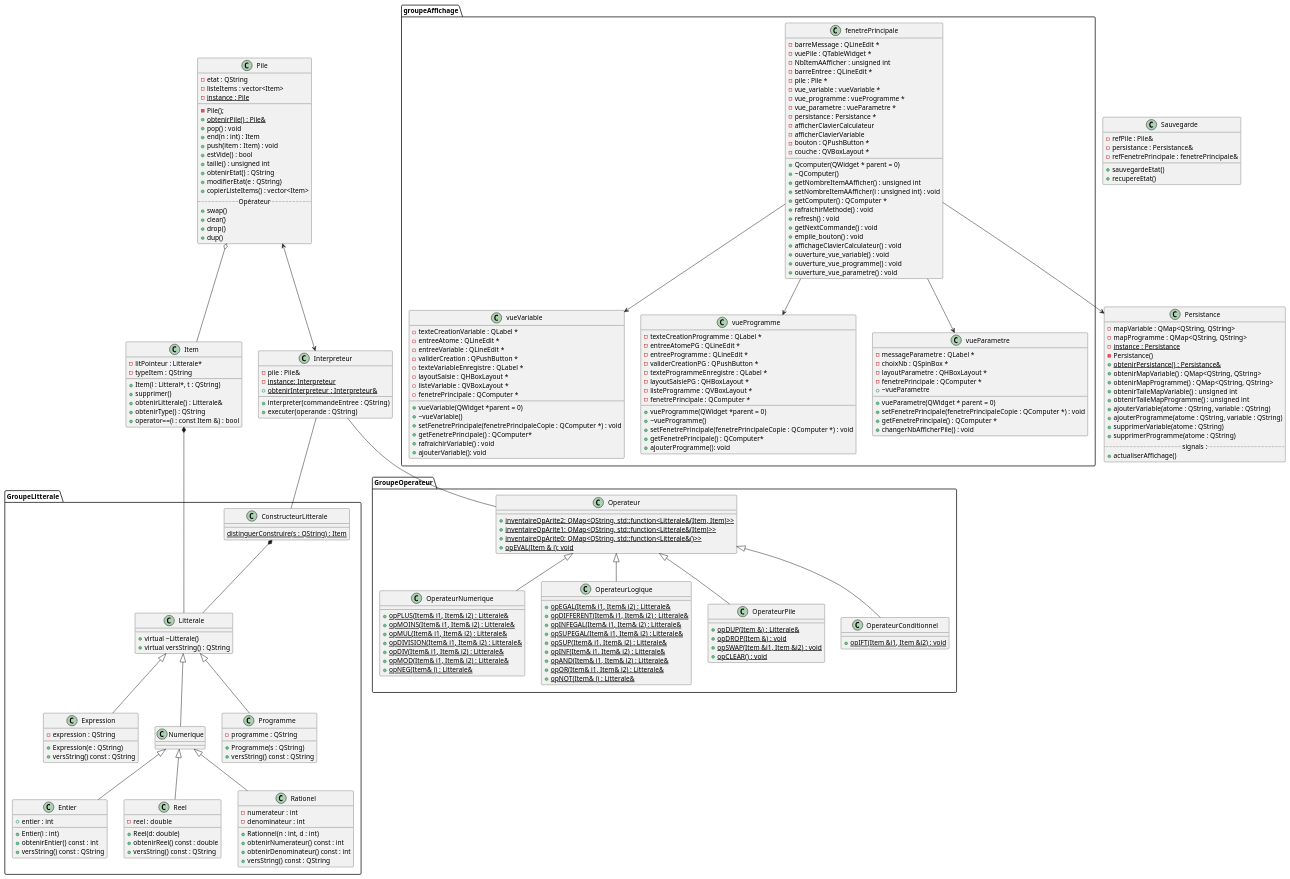
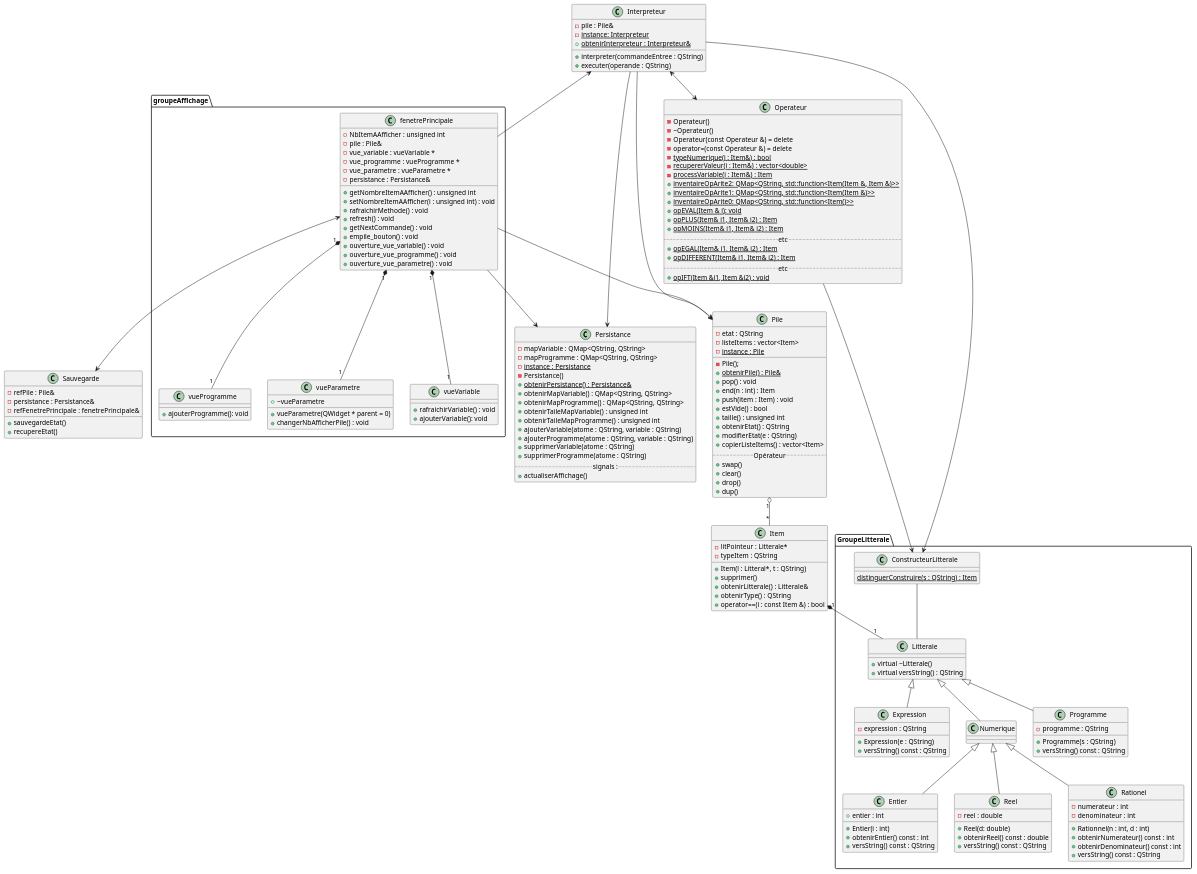
Before and after one commit to LouisJeanneau/LO21-Projet-CompUT: the diagram in UML_MAJ.puml, drawn with PlantUML. The commit also changed 3 other files, not shown here.

```diff
--- a/UML_MAJ.puml
+++ b/UML_MAJ.puml
@@ -1,4 +1,12 @@
 @startuml
+
+Class Sauvegarde {
+    -refPile : Pile&
+    -persistance : Persistance&
+    -refFenetrePrincipale : fenetrePrincipale&
+    +sauvegardeEtat()
+    +recupereEtat()
+}
 
 package "GroupeLitterale" {
 
@@ -8,7 +16,7 @@
     }
 
     Class Litterale {
-         +virtual ~Litterale() 
+         +virtual ~Litterale()
         +virtual versString() : QString
     }
 
@@ -67,53 +75,29 @@
 
 
 
-package "GroupeOperateur" {
+
 
 Class Operateur{
-    +{static} inventaireOpArite2: QMap<QString, std::function<Litterale&(Item, Item)>>
-    +{static} inventaireOpArite1: QMap<QString, std::function<Litterale&(Item)>>
-    +{static} inventaireOpArite0: QMap<QString, std::function<Litterale&()>>
+    -Operateur()
+    -~Operateur()
+    -Operateur(const Operateur &) = delete
+    -operator=(const Operateur &) = delete
+    -{static} typeNumerique(i : Item&) : bool
+    -{static} recupererValeur(i : Item&) : vector<double>
+    -{static} processVariable(i : Item&) : Item
+    +{static} inventaireOpArite2: QMap<QString, std::function<Item(Item &, Item &)>>
+    +{static} inventaireOpArite1: QMap<QString, std::function<Item(Item &)>>
+    +{static} inventaireOpArite0: QMap<QString, std::function<Item()>>
     +{static}opEVAL(Item & i): void
-}
-
-Class OperateurNumerique {
-    +{static}opPLUS(Item& i1, Item& i2) : Litterale&
-    +{static}opMOINS(Item& i1, Item& i2) : Litterale&
-    +{static}opMUL(Item& i1, Item& i2) : Litterale&
-    +{static}opDIVISION(Item& i1, Item& i2) : Litterale&
-    +{static}opDIV(Item& i1, Item& i2) : Litterale&
-    +{static}opMOD(Item& i1, Item& i2) : Litterale&
-    +{static}opNEG(Item& i) : Litterale&
-}
-
-Class OperateurLogique {
-    +{static}opEGAL(Item& i1, Item& i2) : Litterale&
-    +{static}opDIFFERENT(Item& i1, Item& i2) : Litterale&
-    +{static}opINFEGAL(Item& i1, Item& i2) : Litterale&
-    +{static}opSUPEGAL(Item& i1, Item& i2) : Litterale&
-    +{static}opSUP(Item& i1, Item& i2) : Litterale&
-    +{static}opINF(Item& i1, Item& i2) : Litterale&
-    +{static}opAND(Item& i1, Item& i2) : Litterale&
-    +{static}opOR(Item& i1, Item& i2) : Litterale&
-    +{static}opNOT(Item& i) : Litterale&
-
-
-}
-
-Class OperateurPile {
-    +{static}opDUP(Item &) : Litterale&
-    +{static}opDROP(Item &) : void
-    +{static}opSWAP(Item &i1, Item &i2) : void
-    +{static}opCLEAR() : void
-}
-
-Class OperateurConditionnel {
+    +{static}opPLUS(Item& i1, Item& i2) : Item
+    +{static}opMOINS(Item& i1, Item& i2) : Item
+    .. etc ..
+    +{static}opEGAL(Item& i1, Item& i2) : Item
+    +{static}opDIFFERENT(Item& i1, Item& i2) : Item
+    .. etc ..
     +{static}opIFT(Item &i1, Item &i2) : void
 }
 
-
-
-}
 
 Class Persistance{
     -mapVariable : QMap<QString, QString>
@@ -170,87 +154,62 @@
 package "groupeAffichage" {
 
     Class fenetrePrincipale{
-        -barreMessage : QLineEdit *
-        -vuePile : QTableWidget *
-        -NbItemAAfficher : unsigned int 
-	    -barreEntree : QLineEdit *
-	    -pile : Pile *
+        -NbItemAAfficher : unsigned int
+	    -pile : Pile&
         -vue_variable : vueVariable *
         -vue_programme : vueProgramme *
         -vue_parametre : vueParametre *
-        -persistance : Persistance *
-        -afficherClavierCalculateur
-        -afficherClavierVariable
-        -bouton : QPushButton *
-        -couche : QVBoxLayout *
-	    +Qcomputer(QWidget * parent = 0)
-	    +~QComputer()
+        -persistance : Persistance&
         +getNombreItemAAfficher() : unsigned int
         +setNombreItemAAfficher(i : unsigned int) : void
-        +getComputer() : QComputer *
         +rafraichirMethode() : void
         +refresh() : void
 	    +getNextCommande() : void
         +empile_bouton() : void
-        +affichageClavierCalculateur() : void
         +ouverture_vue_variable() : void
         +ouverture_vue_programme() : void
         +ouverture_vue_parametre() : void
     }
 
     Class vueVariable{
-        -texteCreationVariable : QLabel *
-        -entreeAtome : QLineEdit *
-        -entreeVariable : QLineEdit *
-        -validerCreation : QPushButton *
-        -texteVariableEnregistre : QLabel *
-        -layoutSaisie : QHBoxLayout *
-        -listeVariable : QVBoxLayout *
-        -fenetrePrincipale : QComputer *
-        +vueVariable(QWidget *parent = 0)
-        +~vueVariable()
-        +setFenetrePrincipale(fenetrePrincipaleCopie : QComputer *) : void
-        +getFenetrePrincipale() : QComputer*
         +rafraichirVariable() : void
         +ajouterVariable(): void
     }
     Class vueProgramme{
-        -texteCreationProgramme : QLabel *
-        -entreeAtomePG : QLineEdit *
-        -entreeProgramme : QLineEdit *
-        -validerCreationPG : QPushButton *
-        -texteProgrammeEnregistre : QLabel *
-        -layoutSaisiePG : QHBoxLayout *
-        -listeProgramme : QVBoxLayout *
-        -fenetrePrincipale : QComputer *
-        +vueProgramme(QWidget *parent = 0)
-        +~vueProgramme()
-        +setFenetrePrincipale(fenetrePrincipaleCopie : QComputer *) : void
-        +getFenetrePrincipale() : QComputer*
         +ajouterProgramme(): void
     }
     Class vueParametre{
-        -messageParametre : QLabel *
-        -choixNb : QSpinBox *
-        -layoutParametre : QHBoxLayout *
-        -fenetrePrincipale : QComputer *
         +vueParametre(QWidget * parent = 0)
         +~vueParametre
-        +setFenetrePrincipale(fenetrePrincipaleCopie : QComputer *) : void
-        +getFenetrePrincipale() : QComputer *
         +changerNbAfficherPile() : void
 
     }
 
 }
 
-Class Sauvegarde {
-    -refPile : Pile&
-    -persistance : Persistance&
-    -refFenetrePrincipale : fenetrePrincipale&
-    +sauvegardeEtat()
-    +recupereEtat()
-}
+
+
+
+
+Interpreteur <--> Operateur
+Interpreteur --> Persistance
+Interpreteur --> Pile
+fenetrePrincipale --> Pile
+fenetrePrincipale --> Persistance
+Interpreteur --> ConstructeurLitterale
+
+Item "1" *-- "1" Litterale
+Pile "1" o-- "*" Item
+
+fenetrePrincipale "1" *-- "1" vueVariable
+fenetrePrincipale "1" *-- "1" vueProgramme
+fenetrePrincipale "1" *-- "1" vueParametre
+
+Operateur --> ConstructeurLitterale
+Interpreteur <-- fenetrePrincipale
+
+fenetrePrincipale <--> Sauvegarde
+ConstructeurLitterale -- Litterale
 
 
 Litterale <|-- Numerique
@@ -260,21 +219,4 @@
 Litterale <|-- Expression
 Litterale <|-- Programme
 
-
-Operateur <|-- OperateurNumerique
-Operateur <|-- OperateurLogique
-Operateur <|-- OperateurPile
-Operateur <|-- OperateurConditionnel 
-
-ConstructeurLitterale *-- Litterale
-Interpreteur -- Operateur
-Interpreteur -- ConstructeurLitterale
-Item *-- Litterale
-Pile o-- Item
-Pile <--> Interpreteur
-fenetrePrincipale --> Persistance
-fenetrePrincipale --> vueVariable
-fenetrePrincipale --> vueProgramme
-fenetrePrincipale --> vueParametre
-
 @enduml
```
